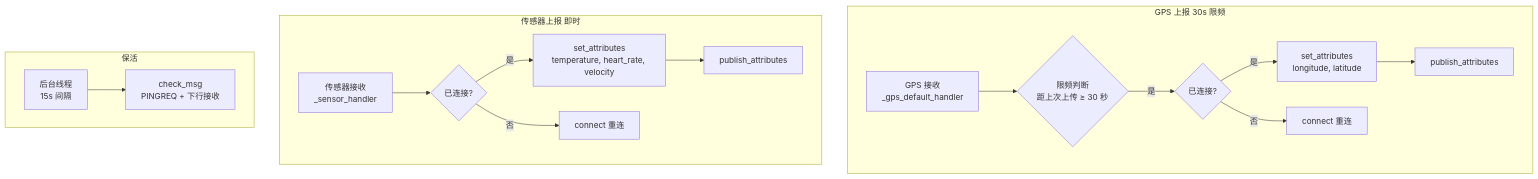
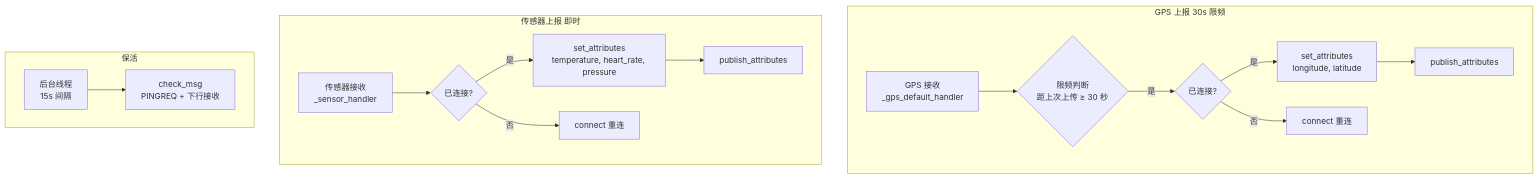
One commit to bingbuxuanji/head changed the fifth of 6 diagrams in src/readme.md. Above: the diagram before and after it, drawn with Mermaid. The commit also changed other lines of this file and 1366 other files, not shown here.

````diff
--- a/src/readme.md
+++ b/src/readme.md
@@ -476,19 +515,19 @@
 ```mermaid
 flowchart TD
     subgraph GPS[GPS 上报 30s 限频]
         A1[GPS 接收<br/>_gps_default_handler] --> B1{限频判断<br/>距上次上传 ≥ 30 秒}
         B1 -->|是| C1{已连接?}
         C1 -->|是| D1[set_attributes<br/>longitude, latitude]
         D1 --> E1[publish_attributes]
         C1 -->|否| F1[connect 重连]
     end
     subgraph Sensor[传感器上报 即时]
         A2[传感器接收<br/>_sensor_handler] --> C2{已连接?}
-        C2 -->|是| D2[set_attributes<br/>temperature, heart_rate, velocity]
+        C2 -->|是| D2[set_attributes<br/>temperature, heart_rate, pressure]
         D2 --> E2[publish_attributes]
         C2 -->|否| F2[connect 重连]
     end
     subgraph Keepalive[保活]
         K1[后台线程<br/>15s 间隔] --> K2[check_msg<br/>PINGREQ + 下行接收]
     end
 ```
````
